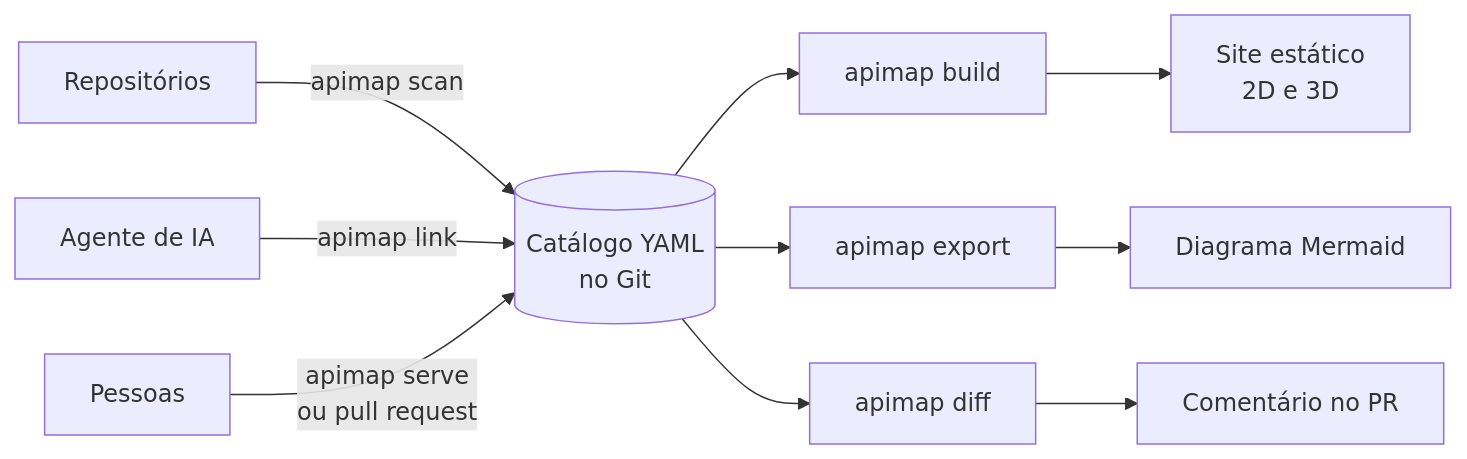
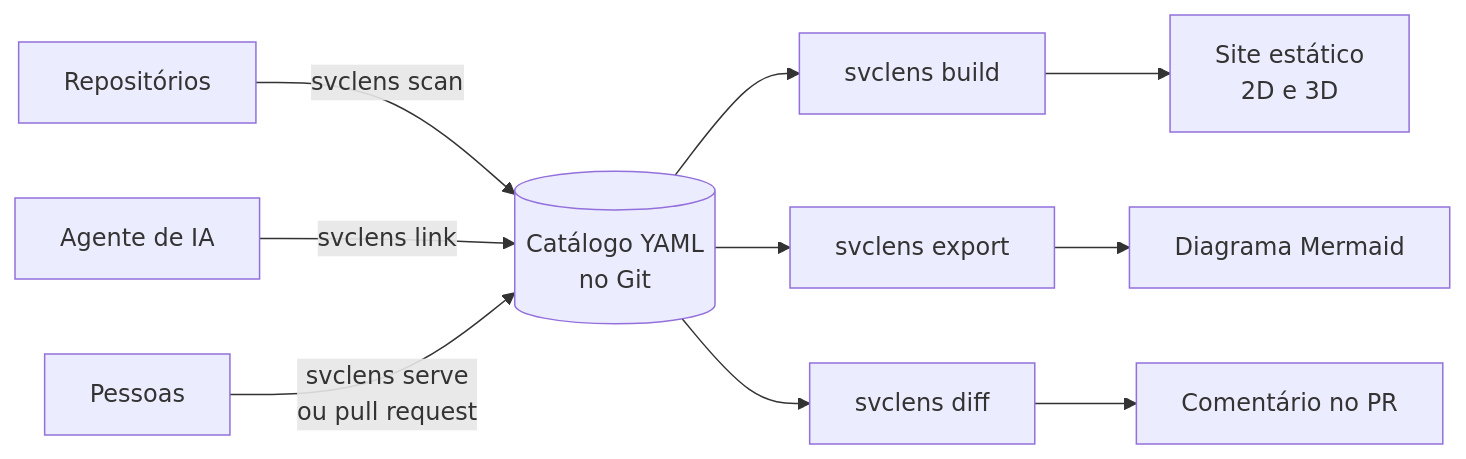
The first of 2 diagrams in README.md (SidneyJunior26/apimap), drawn with Mermaid before and after one commit. The commit also changed other lines of this file and 97 other files, not shown here.

Commit message:
chore: renomeia o projeto de apimap para svclens

````diff
--- a/README.md
+++ b/README.md
@@ -197,12 +197,12 @@
 ```mermaid
 flowchart LR
-  repos[Repositórios] -->|apimap scan| yaml[(Catálogo YAML<br>no Git)]
-  agente[Agente de IA] -->|apimap link| yaml
-  pessoas[Pessoas] -->|apimap serve<br>ou pull request| yaml
-  yaml --> build[apimap build]
-  yaml --> export[apimap export]
-  yaml --> diff[apimap diff]
+  repos[Repositórios] -->|svclens scan| yaml[(Catálogo YAML<br>no Git)]
+  agente[Agente de IA] -->|svclens link| yaml
+  pessoas[Pessoas] -->|svclens serve<br>ou pull request| yaml
+  yaml --> build[svclens build]
+  yaml --> export[svclens export]
+  yaml --> diff[svclens diff]
   build --> site[Site estático<br>2D e 3D]
   export --> mermaid[Diagrama Mermaid]
   diff --> pr[Comentário no PR]
 ```
````
